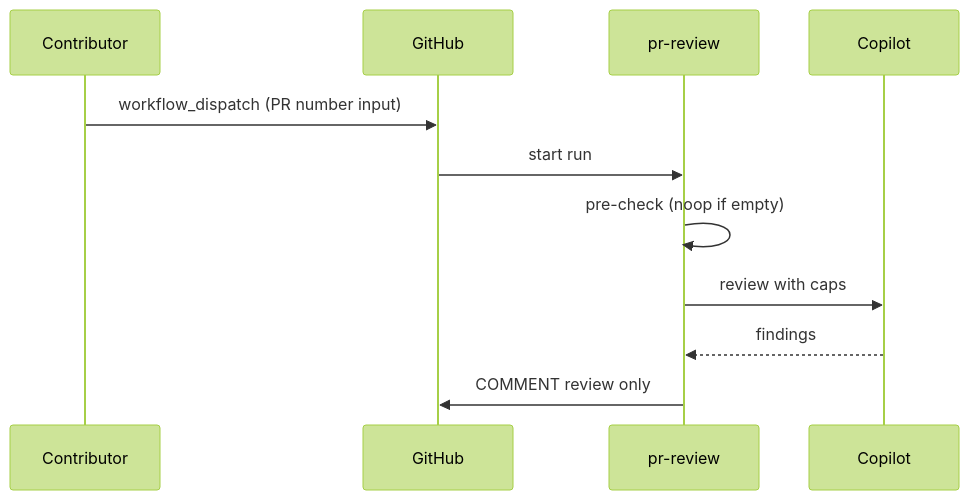
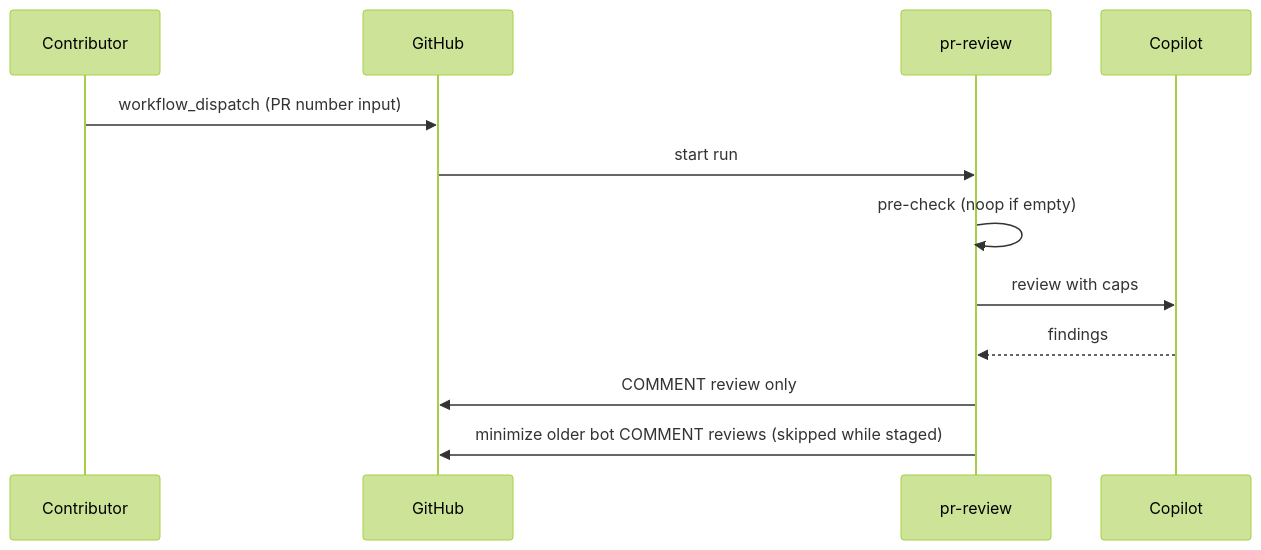
Before and after one commit to svennijhuis/agentic-workflows: the second of 2 diagrams in docs/pbi/done/F01-pr-review.md, drawn with Mermaid (forest theme). The commit also changed other lines of this file and 31 other files, not shown here.

````diff
--- a/docs/pbi/done/F01-pr-review.md
+++ b/docs/pbi/done/F01-pr-review.md
@@ -96,13 +98,14 @@
 ```mermaid
 sequenceDiagram
   participant Dev as Contributor
   participant GH as GitHub
   participant WF as pr-review
   participant Agent as Copilot
   Dev->>GH: workflow_dispatch (PR number input)
   GH->>WF: start run
   WF->>WF: pre-check (noop if empty)
   WF->>Agent: review with caps
   Agent-->>WF: findings
   WF->>GH: COMMENT review only
+  WF->>GH: minimize older bot COMMENT reviews (skipped while staged)
 ```
````
